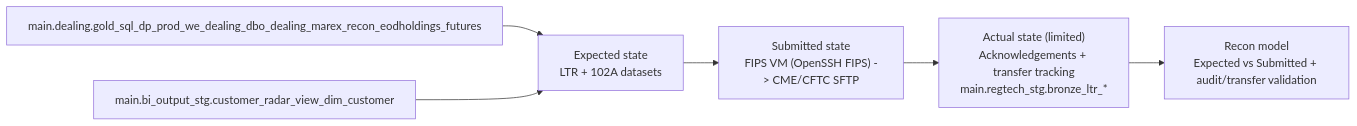
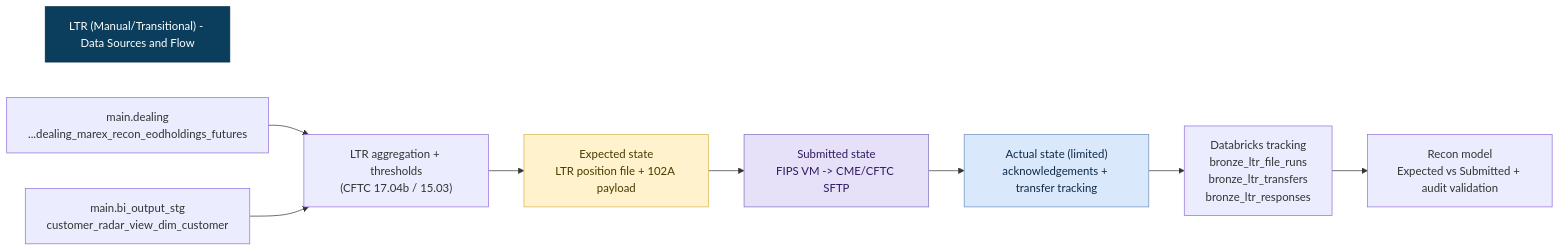
One commit to valentinosko-hub/RegTech changed the diagram in docs/reporting-model-ltr-data-sources.md. Above: the diagram before and after it, drawn with Mermaid. The commit also changed other lines of this file and 15 other files, not shown here.

Commit message:
Style per-model diagrams with title and state colors

````diff
--- a/docs/reporting-model-ltr-data-sources.md
+++ b/docs/reporting-model-ltr-data-sources.md
@@ -3,13 +3,27 @@
 ```mermaid
 flowchart LR
-  S1["main.dealing.gold_sql_dp_prod_we_dealing_dbo_dealing_marex_recon_eodholdings_futures"]
-  S2["main.bi_output_stg.customer_radar_view_dim_customer"]
-  E["Expected state<br/>LTR + 102A datasets"]
-  U["Submitted state<br/>FIPS VM (OpenSSH FIPS) -> CME/CFTC SFTP"]
-  A["Actual state (limited)<br/>Acknowledgements + transfer tracking<br/>main.regtech_stg.bronze_ltr_*"]
-  R["Recon model<br/>Expected vs Submitted + audit/transfer validation"]
+  title["LTR (Manual/Transitional) - Data Sources and Flow"]
+  S1["main.dealing<br/>...dealing_marex_recon_eodholdings_futures"]
+  S2["main.bi_output_stg<br/>customer_radar_view_dim_customer"]
+  T["LTR aggregation + thresholds<br/>(CFTC 17.04b / 15.03)"]
+  E["Expected state<br/>LTR position file + 102A payload"]
+  U["Submitted state<br/>FIPS VM -> CME/CFTC SFTP"]
+  A["Actual state (limited)<br/>acknowledgements + transfer tracking"]
+  B["Databricks tracking<br/>bronze_ltr_file_runs<br/>bronze_ltr_transfers<br/>bronze_ltr_responses"]
+  R["Recon model<br/>Expected vs Submitted + audit validation"]
 
-  S1 --> E
-  S2 --> E
-  E --> U --> A --> R
+  S1 --> T
+  S2 --> T
+  T --> E --> U --> A
+  A --> B --> R
+
+  classDef title fill:#0b3d5c,stroke:#07283c,color:#ffffff,fontWeight:bold,fontSize:16px;
+  classDef expected fill:#fff2cc,stroke:#d6b656,color:#4a3900;
+  classDef submitted fill:#e6e0f8,stroke:#7f70bf,color:#2f1a5f;
+  classDef actual fill:#dae8fc,stroke:#6c8ebf,color:#0e2a47;
+
+  class title title;
+  class E expected;
+  class U submitted;
+  class A actual;
 ```
````
